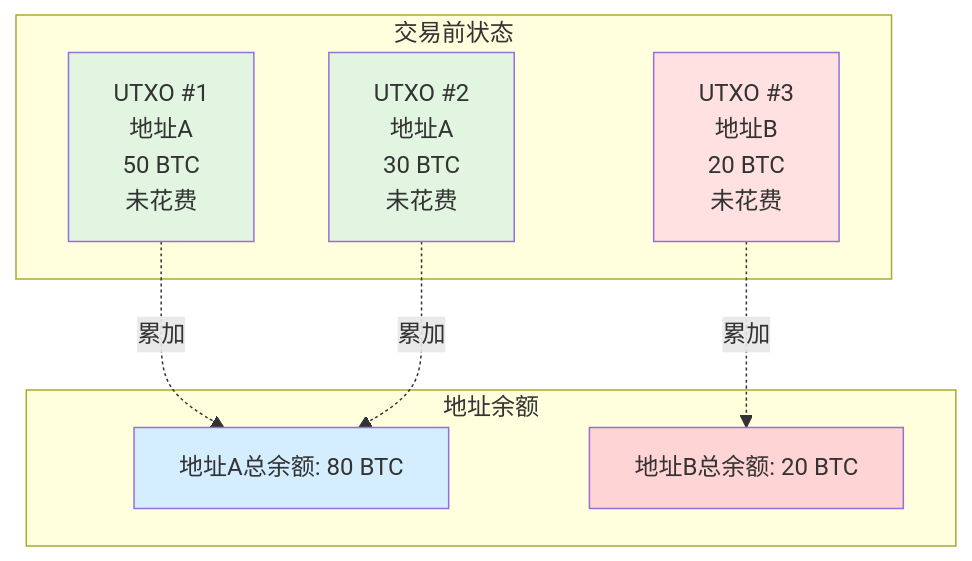
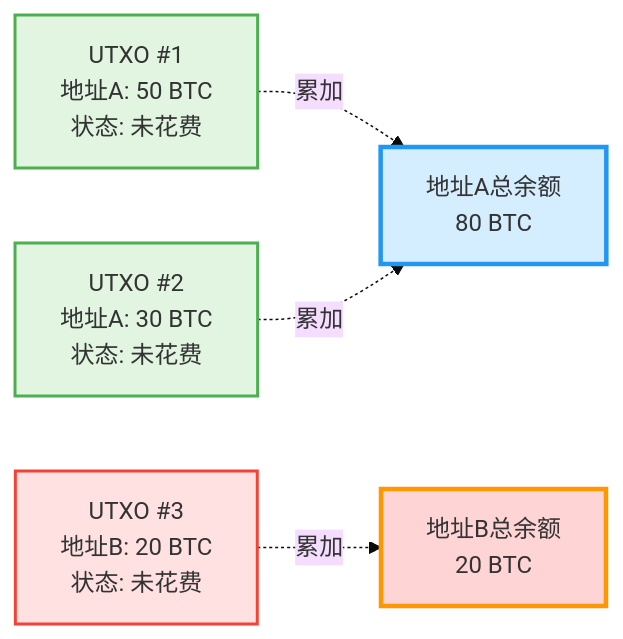
The second of 4 diagrams in posts/block-chain.md (Ben-artist/blog), drawn with Mermaid before and after one commit. The commit also changed other lines of this file and 4 other files, not shown here.

Commit message:
Redesign Mermaid flowcharts with better layout and styling

````diff
--- a/posts/block-chain.md
+++ b/posts/block-chain.md
@@ -354,23 +362,19 @@
 ```mermaid
-graph TB
-    subgraph 交易前状态
-        A1[UTXO #1<br/>地址A<br/>50 BTC<br/>未花费]
-        A2[UTXO #2<br/>地址A<br/>30 BTC<br/>未花费]
-        B1[UTXO #3<br/>地址B<br/>20 BTC<br/>未花费]
-    end
+%%{init: {'theme':'base', 'themeVariables': { 'fontSize':'16px'}}}%%
+graph LR
+    U1["UTXO #1<br/>地址A: 50 BTC<br/>状态: 未花费"]
+    U2["UTXO #2<br/>地址A: 30 BTC<br/>状态: 未花费"]
+    U3["UTXO #3<br/>地址B: 20 BTC<br/>状态: 未花费"]
     
-    subgraph 地址余额
-        AA[地址A总余额: 80 BTC]
-        BB[地址B总余额: 20 BTC]
-    end
+    A["地址A总余额<br/>80 BTC"]
+    B["地址B总余额<br/>20 BTC"]
     
-    A1 -.->|累加| AA
-    A2 -.->|累加| AA
-    B1 -.->|累加| BB
+    U1 & U2 -.->|累加| A
+    U3 -.->|累加| B
     
-    style A1 fill:#e1f5e1
-    style A2 fill:#e1f5e1
-    style B1 fill:#ffe1e1
-    style AA fill:#d4edff
-    style BB fill:#ffd4d4
+    style U1 fill:#e1f5e1,stroke:#4caf50,stroke-width:2px
+    style U2 fill:#e1f5e1,stroke:#4caf50,stroke-width:2px
+    style U3 fill:#ffe1e1,stroke:#f44336,stroke-width:2px
+    style A fill:#d4edff,stroke:#2196f3,stroke-width:3px
+    style B fill:#ffd4d4,stroke:#ff9800,stroke-width:3px
 ```
````
